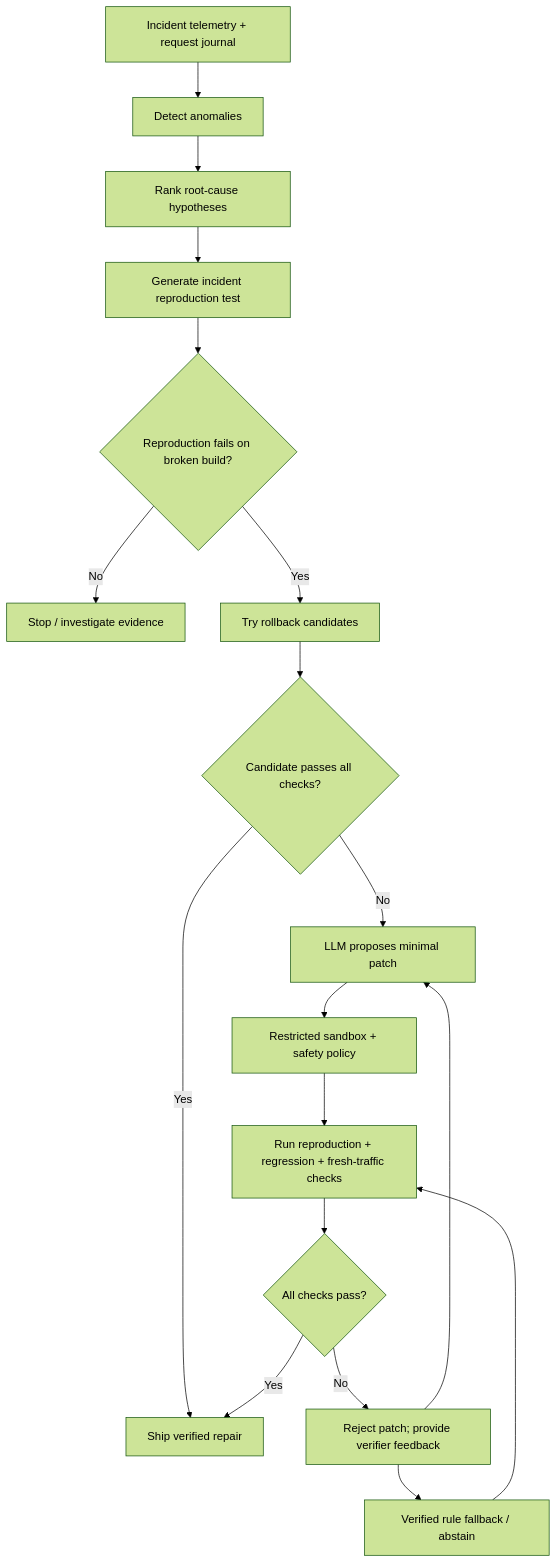
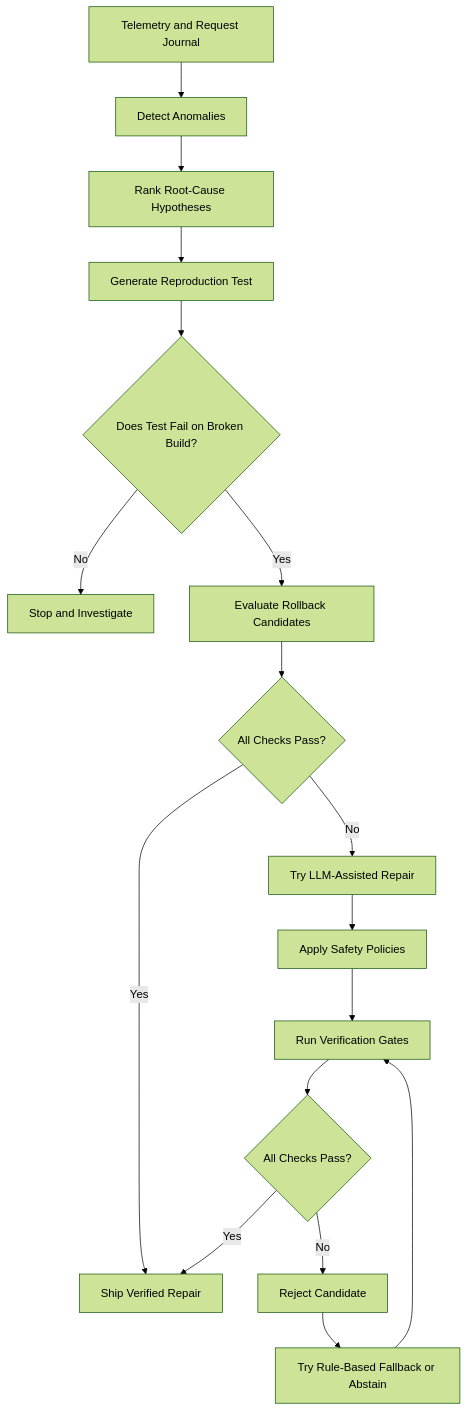
One commit to pg7202333-design/OpsPilot changed the diagram in README.md. Above: the diagram before and after it, drawn with Mermaid (forest theme). The commit also changed other lines of this file, not shown here.

````diff
--- a/README.md
+++ b/README.md
@@ -17,20 +26,19 @@
 ```mermaid
 flowchart TD
-    A[Incident telemetry + request journal] --> B[Detect anomalies]
-    B --> C[Rank root-cause hypotheses]
-    C --> D[Generate incident reproduction test]
-    D --> E{Reproduction fails on broken build?}
-    E -- No --> X[Stop / investigate evidence]
-    E -- Yes --> F[Try rollback candidates]
-    F --> G{Candidate passes all checks?}
-    G -- Yes --> S[Ship verified repair]
-    G -- No --> H[LLM proposes minimal patch]
-    H --> I[Restricted sandbox + safety policy]
-    I --> J[Run reproduction + regression + fresh-traffic checks]
-    J --> K{All checks pass?}
+    A[Telemetry and Request Journal] --> B[Detect Anomalies]
+    B --> C[Rank Root-Cause Hypotheses]
+    C --> D[Generate Reproduction Test]
+    D --> E{Does Test Fail on Broken Build?}
+    E -- No --> X[Stop and Investigate]
+    E -- Yes --> F[Evaluate Rollback Candidates]
+    F --> G{All Checks Pass?}
+    G -- Yes --> S[Ship Verified Repair]
+    G -- No --> H[Try LLM-Assisted Repair]
+    H --> I[Apply Safety Policies]
+    I --> J[Run Verification Gates]
+    J --> K{All Checks Pass?}
     K -- Yes --> S
-    K -- No --> L[Reject patch; provide verifier feedback]
-    L --> H
-    L --> M[Verified rule fallback / abstain]
+    K -- No --> L[Reject Candidate]
+    L --> M[Try Rule-Based Fallback or Abstain]
     M --> J
 ```
````
